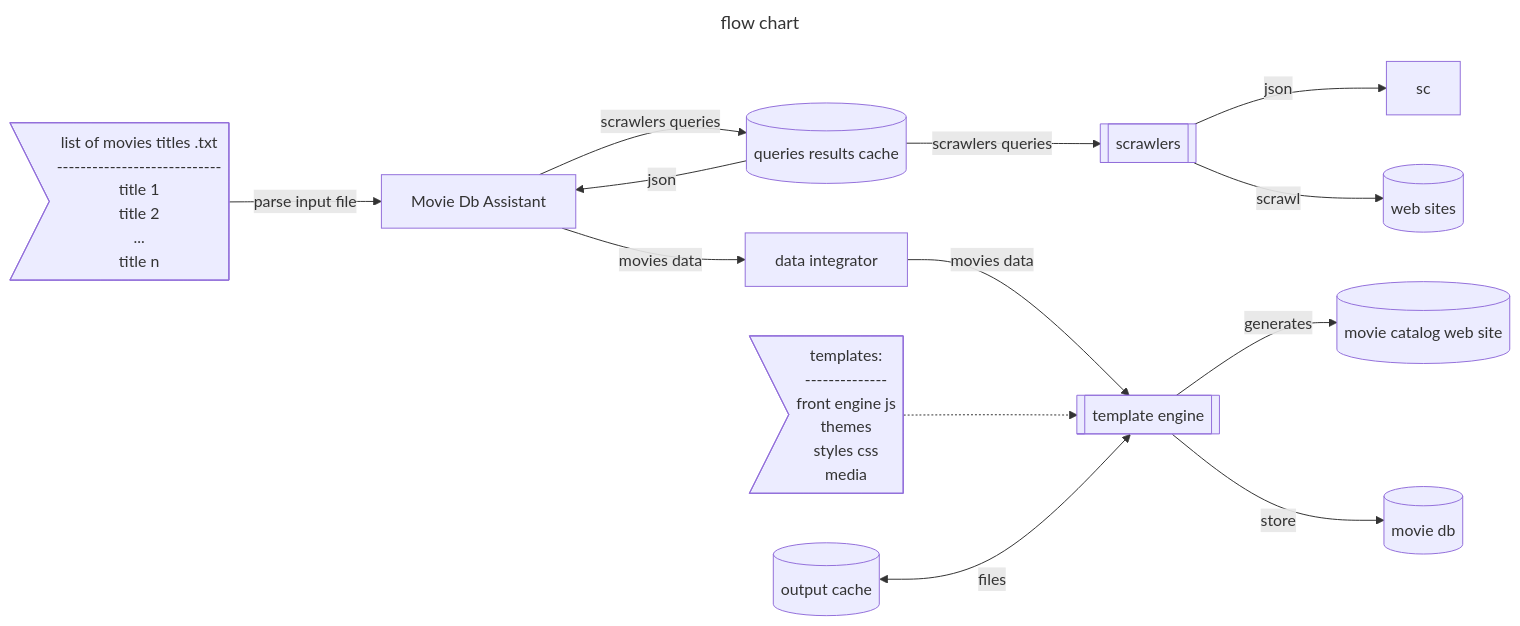
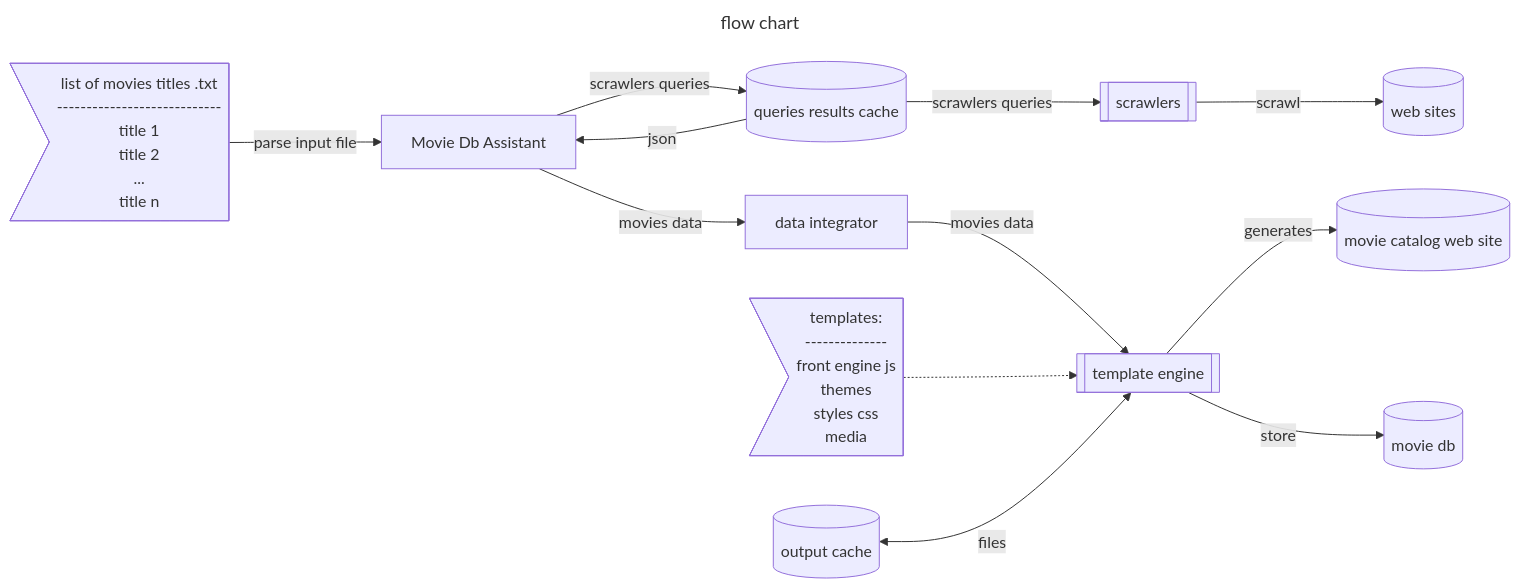
The diagram in README.md (franck-gaspoz/franck-gaspoz), drawn with Mermaid before and after one commit.

````diff
--- a/README.md
+++ b/README.md
@@ -20,38 +20,37 @@
 ```mermaid
 ---
 title: flow chart
 ---
     flowchart LR
 
     txt>list of movies titles .txt<br>----------------------------<br>title 1<br>title 2<br>...<br>title n<br>]
     mdba[Movie Db Assistant]
     scrawlers[[scrawlers]]
     websites[(web sites)]
     tple[[template engine]]
     tpls>templates:<br>--------------<br>front engine js<br>themes<br>styles css<br>media]
     mvc[(movie catalog web site)]
     qrc[(queries results cache)]
     dit[data integrator]
     oc[(output cache)]
     mdb[(movie db)]
 
     txt-- parse input file -->mdba
 
     mdba-- scrawlers queries -->qrc
     mdba-- movies data -->dit
 
     dit-- movies data -->tple
     
     qrc-- json -->mdba
     qrc-- scrawlers queries -->scrawlers
 
-    scrawlers-- json -->sc
     scrawlers-- scrawl -->websites 
 
     tpls-.->tple
 
     tple-- generates -->mvc 
     tple-- store -->mdb 
     
     oc<-- files -->tple
 ```
````
